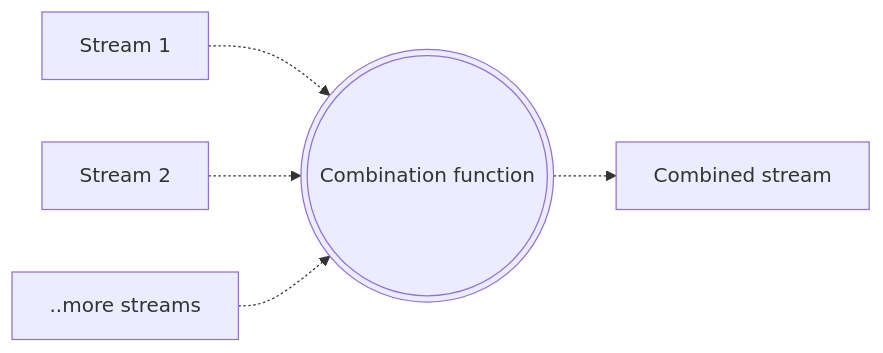
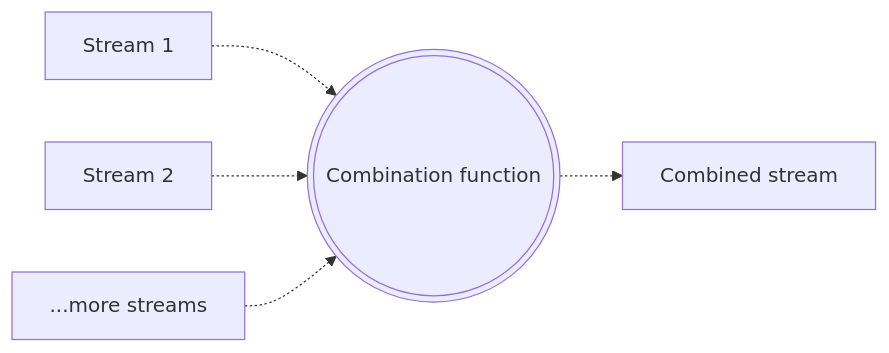
Before and after one commit to nearform/angular-patterns-workshop: the diagram in slides/combining-streams.md, drawn with Mermaid.

Commit message:
feat: add missing dot

````diff
--- a/slides/combining-streams.md
+++ b/slides/combining-streams.md
@@ -7,12 +7,12 @@
 ```mermaid
 flowchart LR
   stream1[Stream 1]
   stream2[Stream 2]
-  moreStreams[..more streams]
+  moreStreams[...more streams]
   combinationFunction(((Combination function)))
   combinedStream[Combined stream]
   stream1 -.-> combinationFunction
   stream2 -.-> combinationFunction
   moreStreams -.-> combinationFunction
   combinationFunction -.-> combinedStream
 ```
````
